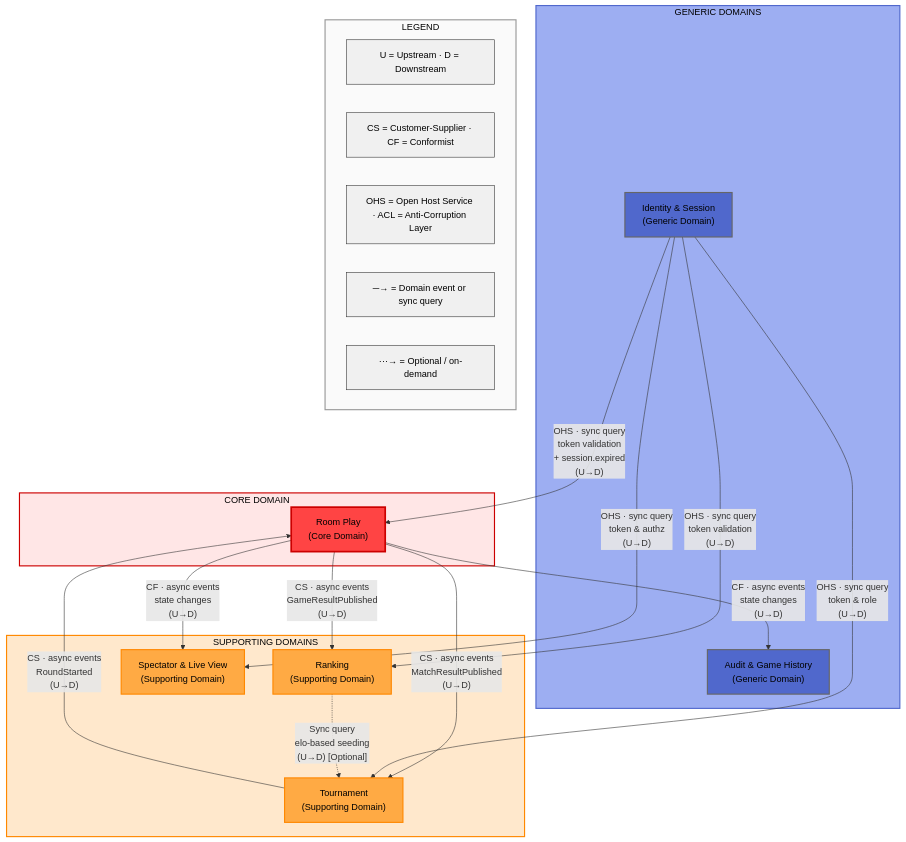
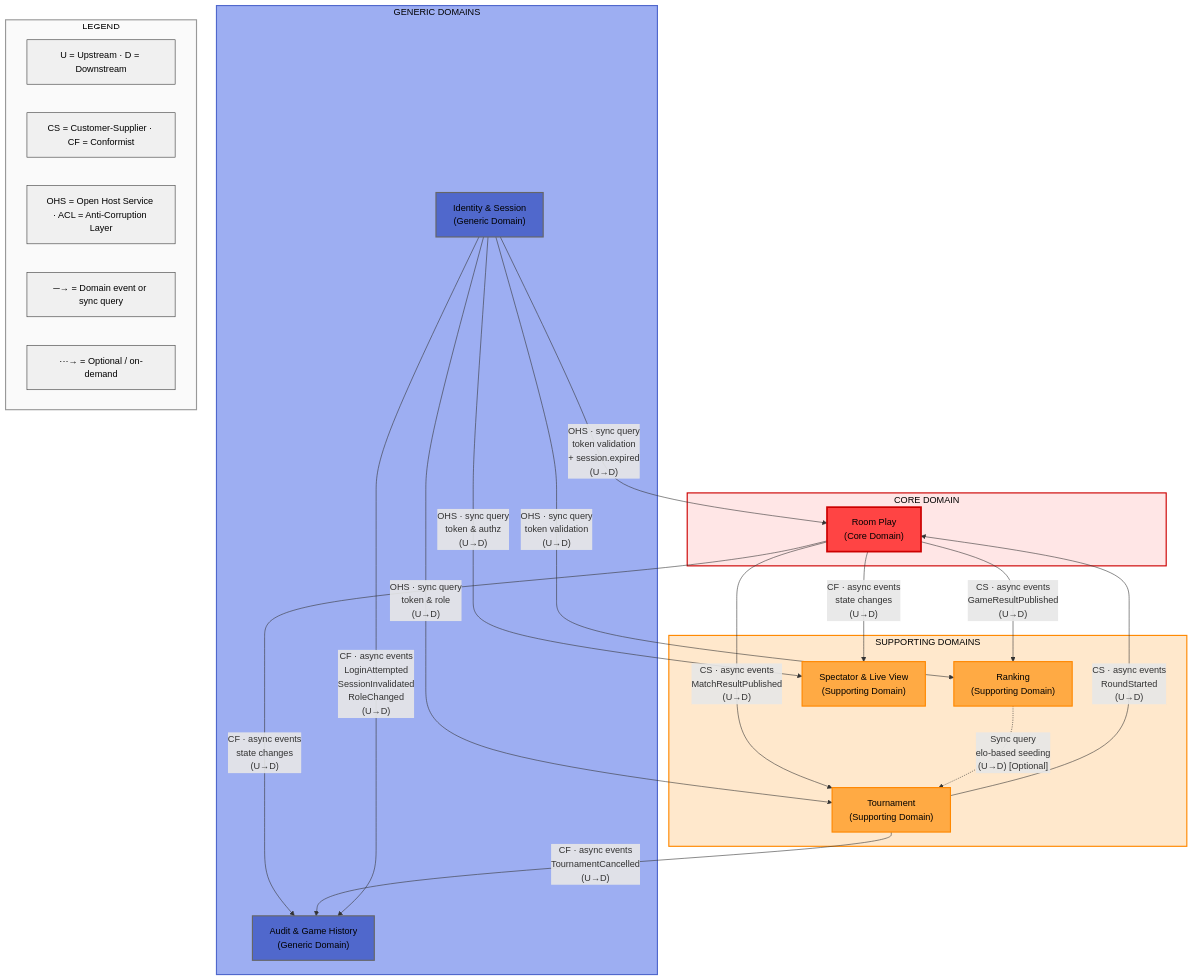
One commit to julietaTechenski/TP-microservicios changed the diagram in DESIGN.md. Above: the diagram before and after it, drawn with Mermaid. The commit also changed other lines of this file, not shown here.

Commit message:
Add more audit information

````diff
--- a/DESIGN.md
+++ b/DESIGN.md
@@ -218,59 +218,65 @@
 ```mermaid
 flowchart TB
     subgraph Core["CORE DOMAIN"]
         RoomPlay["Room Play<br/>(Core Domain)"]
         style RoomPlay fill:#ff4444,stroke:#cc0000,color:#000,stroke-width:3px
     end
 
     subgraph Supporting["SUPPORTING DOMAINS"]
         Tournament["Tournament<br/>(Supporting Domain)"]
         Ranking["Ranking<br/>(Supporting Domain)"]
         Spectator["Spectator & Live View<br/>(Supporting Domain)"]
         style Tournament fill:#ffaa44,stroke:#ff8800,color:#000,stroke-width:2px
         style Ranking fill:#ffaa44,stroke:#ff8800,color:#000,stroke-width:2px
         style Spectator fill:#ffaa44,stroke:#ff8800,color:#000,stroke-width:2px
     end
 
     subgraph Generic["GENERIC DOMAINS"]
         Audit["Audit & Game History<br/>(Generic Domain)"]
         Identity["Identity & Session<br/>(Generic Domain)"]
         style Audit fill:#5068cc,stroke:#666666,color:#000,stroke-width:2px
         style Identity fill:#5068cc,stroke:#666666,color:#000,stroke-width:2px
     end
 
 %% Room Play → downstream (async domain events)
     RoomPlay -->|"CS · async events<br/>MatchResultPublished<br/>(U→D)"| Tournament
     RoomPlay -->|"CS · async events<br/>GameResultPublished<br/>(U→D)"| Ranking
     RoomPlay -->|"CF · async events<br/>state changes<br/>(U→D)"| Spectator
     RoomPlay -->|"CF · async events<br/>state changes<br/>(U→D)"| Audit
 
 %% Tournament → Room Play (room creation for rounds)
     Tournament -->|"CS · async events<br/>RoundStarted<br/>(U→D)"| RoomPlay
 
+%% Tournament → Audit (operational audit)
+    Tournament -->|"CF · async events<br/>TournamentCancelled<br/>(U→D)"| Audit
+
 %% Identity → consumers (auth, consulted via OHS)
     Identity -->|"OHS · sync query<br/>token validation<br/>+ session.expired<br/>(U→D)"| RoomPlay
     Identity -->|"OHS · sync query<br/>token & authz<br/>(U→D)"| Spectator
     Identity -->|"OHS · sync query<br/>token & role<br/>(U→D)"| Tournament
     Identity -->|"OHS · sync query<br/>token validation<br/>(U→D)"| Ranking
+
+%% Identity → Audit (security audit)
+    Identity -->|"CF · async events<br/>LoginAttempted<br/>SessionInvalidated<br/>RoleChanged<br/>(U→D)"| Audit
 
 %% Ranking → Tournament (optional seeding query)
     Ranking -.->|"Sync query<br/>elo-based seeding<br/>(U→D) [Optional]"| Tournament
 
     subgraph Legend["LEGEND"]
         L1["U = Upstream · D = Downstream"]
         L2["CS = Customer-Supplier · CF = Conformist"]
         L3["OHS = Open Host Service · ACL = Anti-Corruption Layer"]
         L4["─→ = Domain event or sync query"]
         L5["···→ = Optional / on-demand"]
         style L1 fill:#f0f0f0,stroke:#333,color:#000
         style L2 fill:#f0f0f0,stroke:#333,color:#000
         style L3 fill:#f0f0f0,stroke:#333,color:#000
         style L4 fill:#f0f0f0,stroke:#333,color:#000
         style L5 fill:#f0f0f0,stroke:#333,color:#000
     end
 
     style Core fill:#ffe6e6,stroke:#cc0000,color:#000,stroke-width:2px
     style Supporting fill:#ffe8cc,stroke:#ff8800,color:#000,stroke-width:2px
     style Generic fill:#9daef2,stroke:#5068cc,color:#000,stroke-width:2px
     style Legend fill:#fafafa,stroke:#999,color:#000,stroke-width:2px
 ```
````
